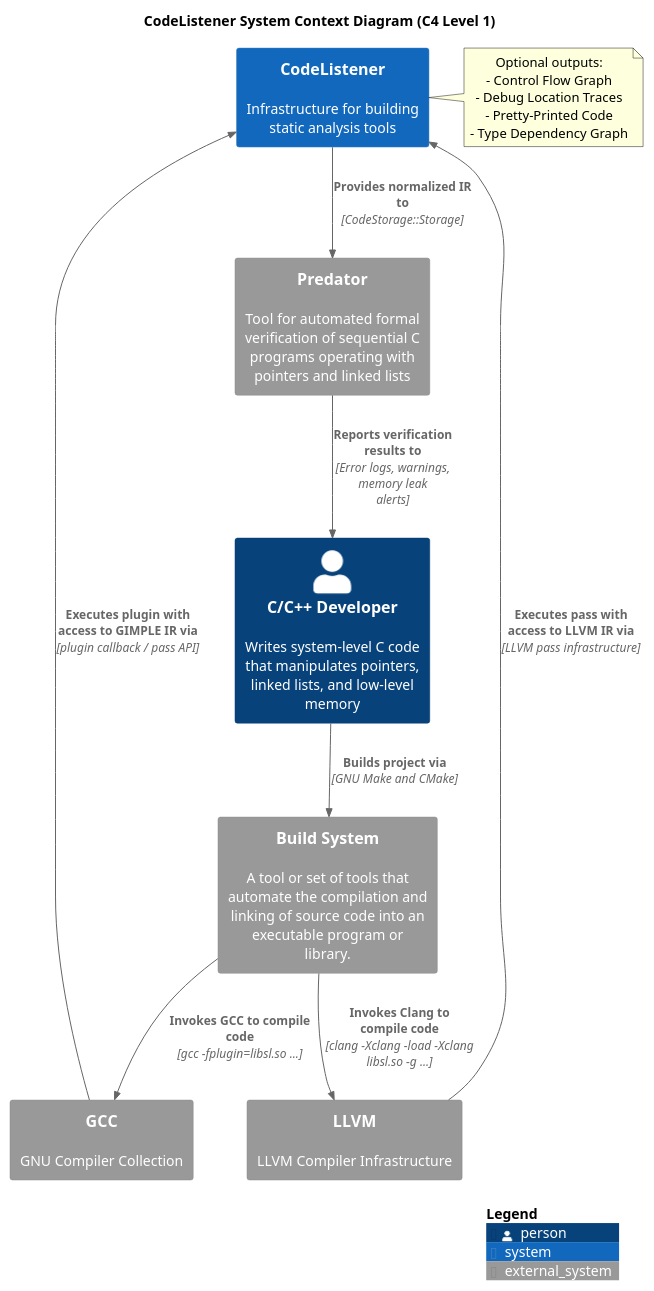
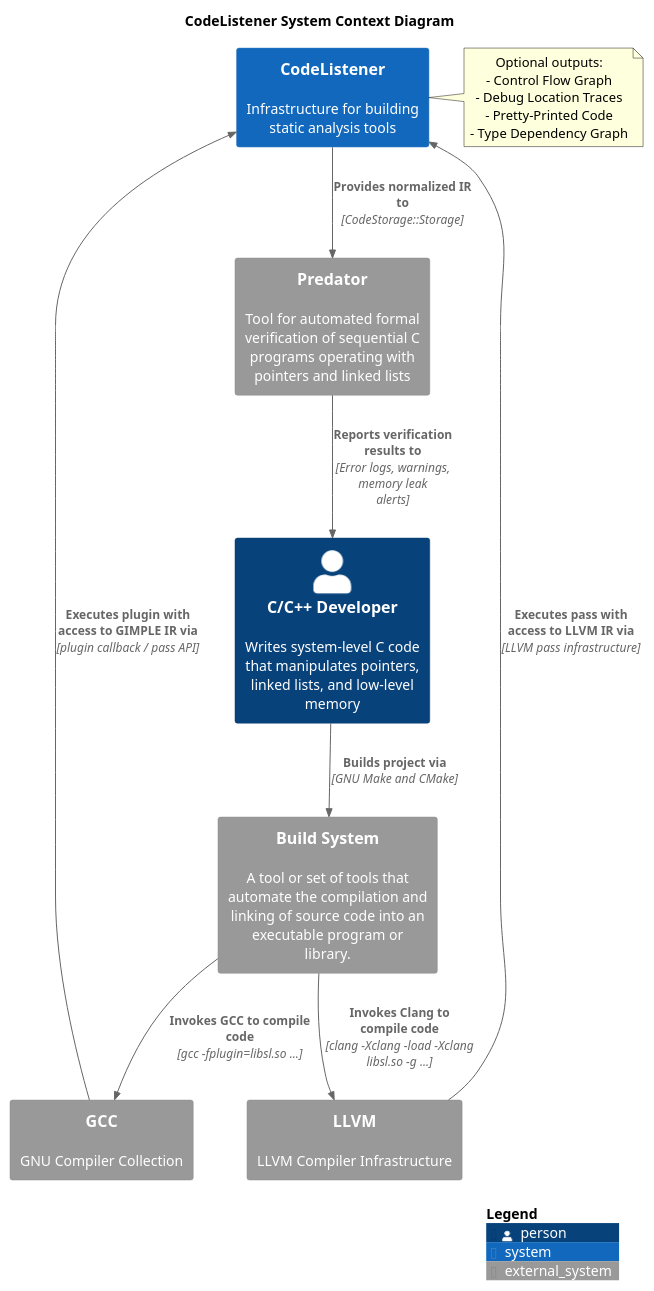
Before and after one commit to pseja/gcc-plugin-for-static-analyzer-support: the diagram in diagrams/CodeListener/c4_scd.puml, drawn with PlantUML. The commit also changed 5 other files, not shown here.

Commit message:
code listener section

```diff
--- a/diagrams/CodeListener/c4_scd.puml
+++ b/diagrams/CodeListener/c4_scd.puml
@@ -1,41 +1,41 @@
 @startuml c4_scd
 !include <C4/C4_Container>
 
-title CodeListener System Context Diagram (C4 Level 1)
+title CodeListener System Context Diagram
 
 Person(developer, "C/C++ Developer", "Writes system-level C code that manipulates pointers, linked lists, and low-level memory")
 
 ' https://www.fit.vut.cz/research/group/verifit/public/tools/code-listener/
 System(codelistener, "CodeListener", "Infrastructure for building static analysis tools")
 
 ' https://en.wikipedia.org/wiki/Build_automation
 ' https://en.wikipedia.org/wiki/Build_automation#cite_note-2
 System_Ext(build_system, "Build System", "A tool or set of tools that automate the compilation and linking of source code into an executable program or library.")
 ' https://gcc.gnu.org/
 System_Ext(gcc, "GCC", "GNU Compiler Collection")
 ' https://llvm.org/
 System_Ext(llvm, "LLVM", "LLVM Compiler Infrastructure")
 ' https://www.fit.vut.cz/research/group/verifit/public/tools/predator/
 System_Ext(predator, "Predator", "Tool for automated formal verification of sequential C programs operating with pointers and linked lists")
 
 Rel(developer, build_system, "Builds project via", "GNU Make and CMake")
 Rel(build_system, gcc, "Invokes GCC to compile code", "gcc -fplugin=libsl.so ...")
 ' https://clang.llvm.org/
 Rel(build_system, llvm, "Invokes Clang to compile code", "clang -Xclang -load -Xclang libsl.so -g ...")
 
 Rel(gcc, codelistener, "Executes plugin with access to GIMPLE IR via", "plugin callback / pass API")
 Rel(llvm, codelistener, "Executes pass with access to LLVM IR via", "LLVM pass infrastructure")
 
 Rel(codelistener, predator, "Provides normalized IR to", "CodeStorage::Storage")
 Rel(predator, developer, "Reports verification results to", "Error logs, warnings, memory leak alerts")
 
 note right of codelistener
     Optional outputs:
     - Control Flow Graph
     - Debug Location Traces
     - Pretty-Printed Code
     - Type Dependency Graph
 end note
 
 SHOW_LEGEND()
 @enduml
```
